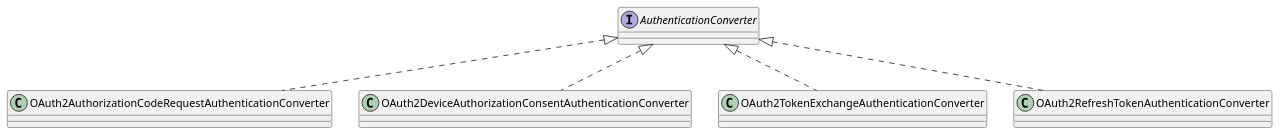
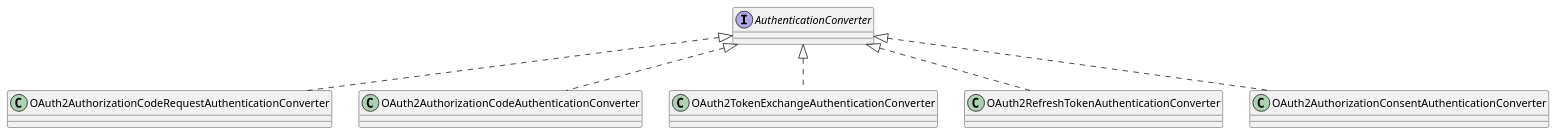
One commit to forever1986/oauth2-study changed the diagram in lesson04/src/main/resources/AuthenticationConverter.puml. Above: the diagram before and after it, drawn with PlantUML. The commit also changed 2 other files, not shown here.

```diff
--- a/lesson04/src/main/resources/AuthenticationConverter.puml
+++ b/lesson04/src/main/resources/AuthenticationConverter.puml
@@ -1,17 +1,18 @@
 @startuml
 'https://plantuml.com/class-diagram
 
 interface AuthenticationConverter
 class OAuth2AuthorizationCodeRequestAuthenticationConverter
-class OAuth2DeviceAuthorizationConsentAuthenticationConverter
+class OAuth2AuthorizationCodeAuthenticationConverter
 class OAuth2TokenExchangeAuthenticationConverter
 class OAuth2RefreshTokenAuthenticationConverter
 
 
 AuthenticationConverter <|.. OAuth2AuthorizationCodeRequestAuthenticationConverter
-AuthenticationConverter <|.. OAuth2DeviceAuthorizationConsentAuthenticationConverter
+AuthenticationConverter <|.. OAuth2AuthorizationConsentAuthenticationConverter
+AuthenticationConverter <|.. OAuth2AuthorizationCodeAuthenticationConverter
 AuthenticationConverter <|.. OAuth2TokenExchangeAuthenticationConverter
 AuthenticationConverter <|.. OAuth2RefreshTokenAuthenticationConverter
 
 
 @enduml
```
